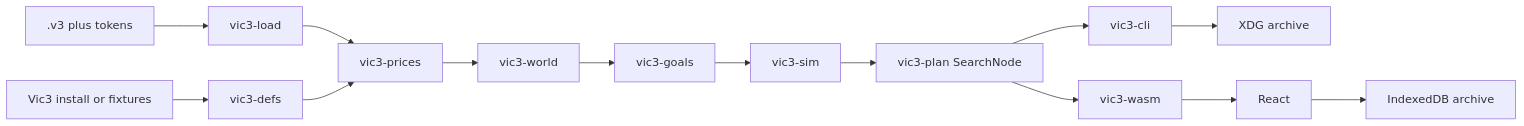
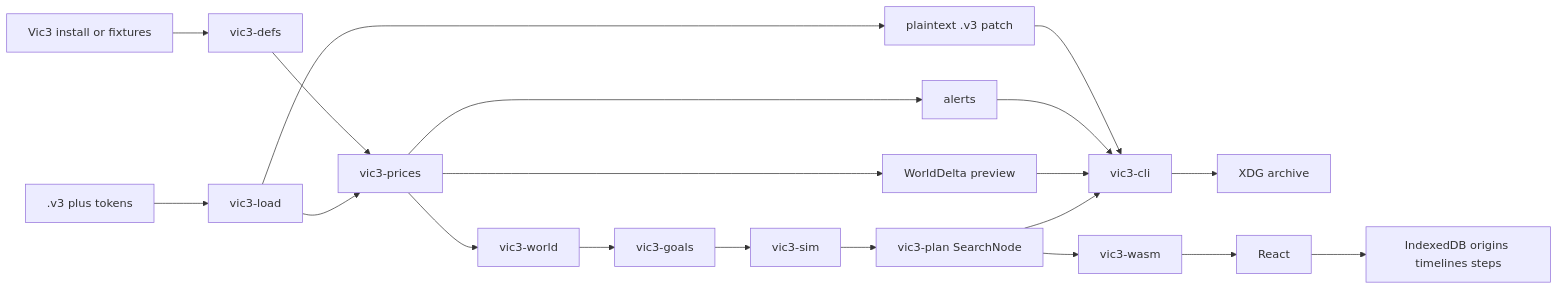
One commit to jmalicki/vic3-analyzer changed the diagram in docs/architecture.md. Above: the diagram before and after it, drawn with Mermaid. The commit also changed other lines of this file and 5 other files, not shown here.

Commit message:
Add alerts, mutate, optimize, and export-save CLI with docs

````diff
--- a/docs/architecture.md
+++ b/docs/architecture.md
@@ -32,16 +32,22 @@
 ```mermaid
 flowchart LR
   save[".v3 plus tokens"] --> load[vic3-load]
   game[Vic3 install or fixtures] --> defs[vic3-defs]
   load --> prices[vic3-prices]
   defs --> prices
+  prices --> alerts[alerts]
+  prices --> preview[WorldDelta preview]
   prices --> world[vic3-world]
   world --> goals[vic3-goals]
   goals --> sim[vic3-sim]
   sim --> plan[vic3-plan SearchNode]
   plan --> cli[vic3-cli]
   plan --> wasm[vic3-wasm]
+  preview --> cli
+  alerts --> cli
+  load --> export[plaintext .v3 patch]
+  export --> cli
   cli --> xdg[XDG archive]
   wasm --> ui[React]
-  ui --> idb[IndexedDB archive]
+  ui --> idb[IndexedDB origins timelines steps]
 ```
````
